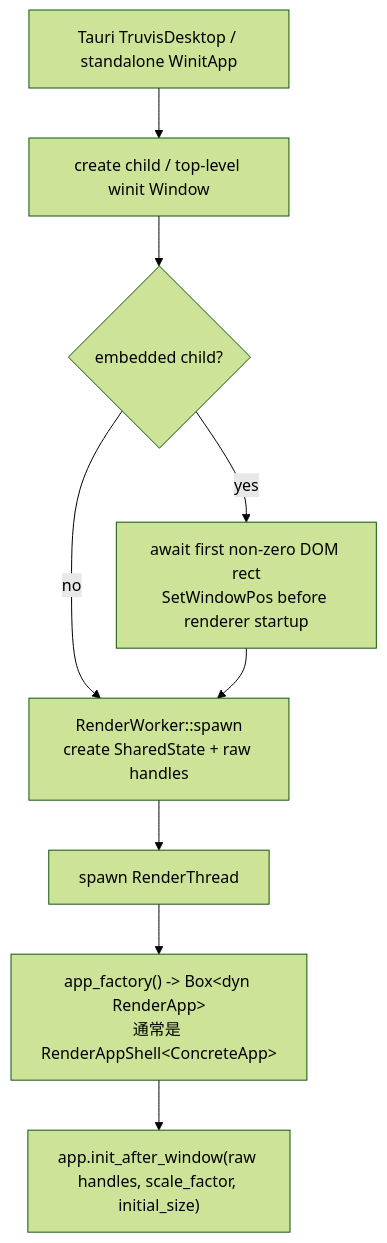
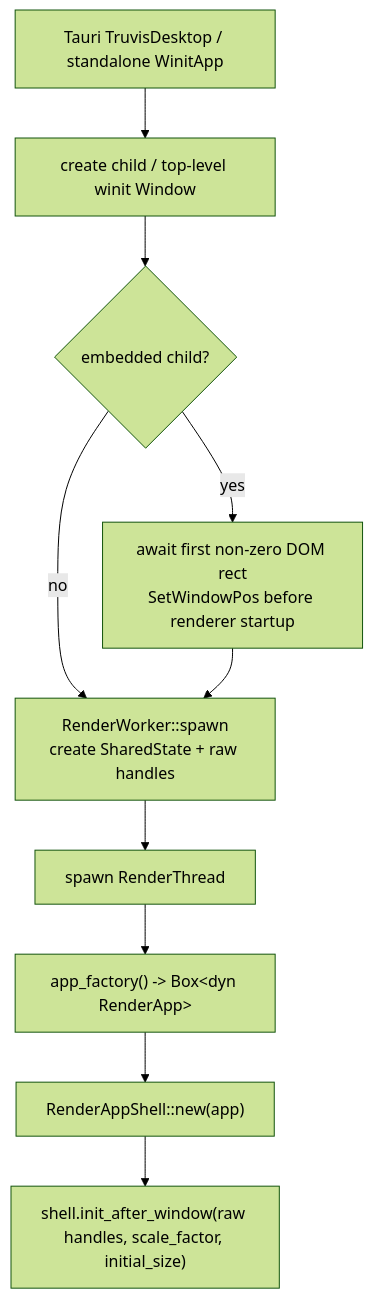
Before and after one commit to acccoco/TruvisRenderer: the second of 5 diagrams in docs/summaries/frame-lifecycle.md, drawn with Mermaid (forest theme). The commit also changed other lines of this file and 24 other files, not shown here.

Commit message:
[update/app-frame] 收敛 RenderApp 契约并非泛型化 RenderAppShell

````diff
--- a/docs/summaries/frame-lifecycle.md
+++ b/docs/summaries/frame-lifecycle.md
@@ -49,11 +50,12 @@
 ```mermaid
 flowchart TD
     Entry["Tauri TruvisDesktop / standalone WinitApp"] --> CreateWindow["create child / top-level winit Window"]
     CreateWindow --> InitialSize{"embedded child?"}
     InitialSize -->|"yes"| AwaitDom["await first non-zero DOM rect<br/>SetWindowPos before renderer startup"]
     InitialSize -->|"no"| Worker["RenderWorker::spawn<br/>create SharedState + raw handles"]
     AwaitDom --> Worker
     Worker --> SpawnThread["spawn RenderThread"]
-    SpawnThread --> AppFactory["app_factory() -> Box&lt;dyn RenderApp&gt;<br/>通常是 RenderAppShell&lt;ConcreteApp&gt;"]
-    AppFactory --> InitAfterWindow["app.init_after_window(raw handles, scale_factor, initial_size)"]
+    SpawnThread --> AppFactory["app_factory() -> Box&lt;dyn RenderApp&gt;"]
+    AppFactory --> ShellFactory["RenderAppShell::new(app)"]
+    ShellFactory --> InitAfterWindow["shell.init_after_window(raw handles, scale_factor, initial_size)"]
 ```
````
